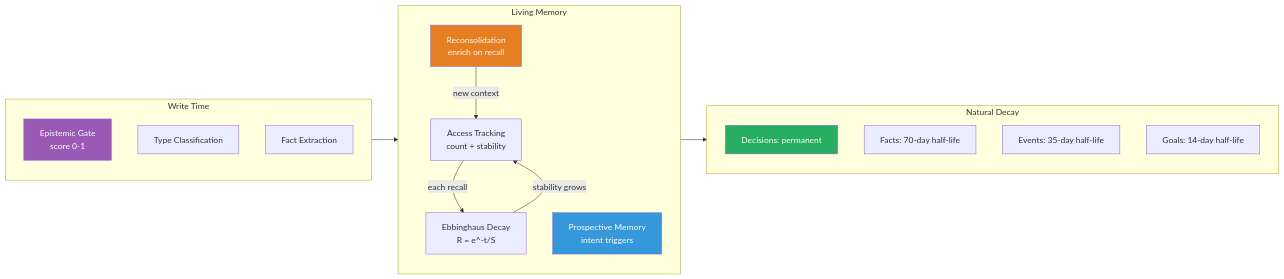
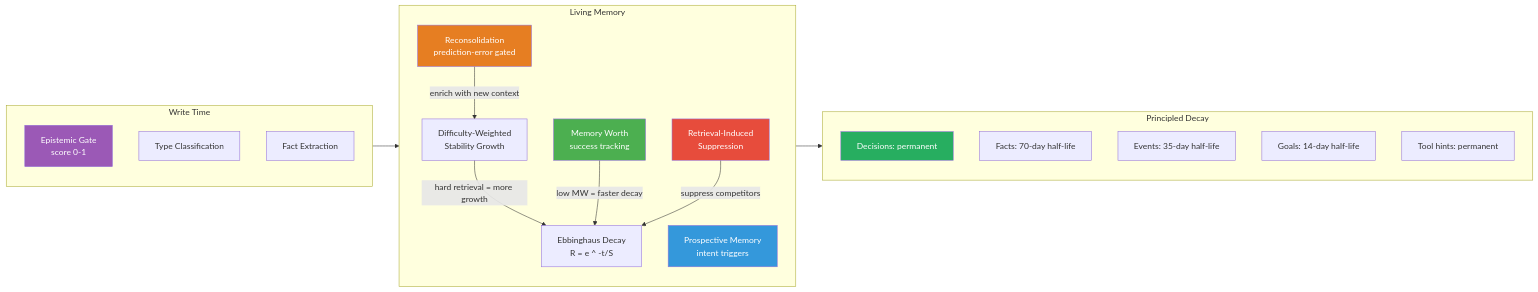
Before and after one commit to RyanWReid/memcore: the third of 3 diagrams in README.md, drawn with Mermaid. The commit also changed other lines of this file and 38 other files, not shown here.

First line of the commit message:
v6 complete: tool hints, MW wiring, env cleanup, benchmark suite

````diff
--- a/README.md
+++ b/README.md
@@ -292,33 +314,39 @@
 ```mermaid
 flowchart LR
     subgraph WRITE [Write Time]
         W1[Epistemic Gate\nscore 0-1]
         W2[Type Classification]
         W3[Fact Extraction]
     end
     
     subgraph LIVE [Living Memory]
-        L1[Access Tracking\ncount + stability]
-        L2[Ebbinghaus Decay\nR = e^-t/S]
-        L3[Reconsolidation\nenrich on recall]
+        L1[Difficulty-Weighted\nStability Growth]
+        L2[Ebbinghaus Decay\nR = e ^ -t/S]
+        L3[Reconsolidation\nprediction-error gated]
         L4[Prospective Memory\nintent triggers]
+        L5[Memory Worth\nsuccess tracking]
+        L6[Retrieval-Induced\nSuppression]
     end
     
-    subgraph FADE [Natural Decay]
+    subgraph FADE [Principled Decay]
         F1[Decisions: permanent]
         F2[Facts: 70-day half-life]
         F3[Events: 35-day half-life]
         F4[Goals: 14-day half-life]
+        F5[Tool hints: permanent]
     end
     
     WRITE --> LIVE
     LIVE --> FADE
-    L1 -->|each recall| L2
-    L2 -->|stability grows| L1
-    L3 -->|new context| L1
+    L1 -->|hard retrieval = more growth| L2
+    L3 -->|enrich with new context| L1
+    L5 -->|low MW = faster decay| L2
+    L6 -->|suppress competitors| L2
     
     style W1 fill:#9B59B6,color:#fff
     style L3 fill:#E67E22,color:#fff
     style L4 fill:#3498DB,color:#fff
+    style L5 fill:#4CAF50,color:#fff
+    style L6 fill:#E74C3C,color:#fff
     style F1 fill:#27AE60,color:#fff
 ```
````
